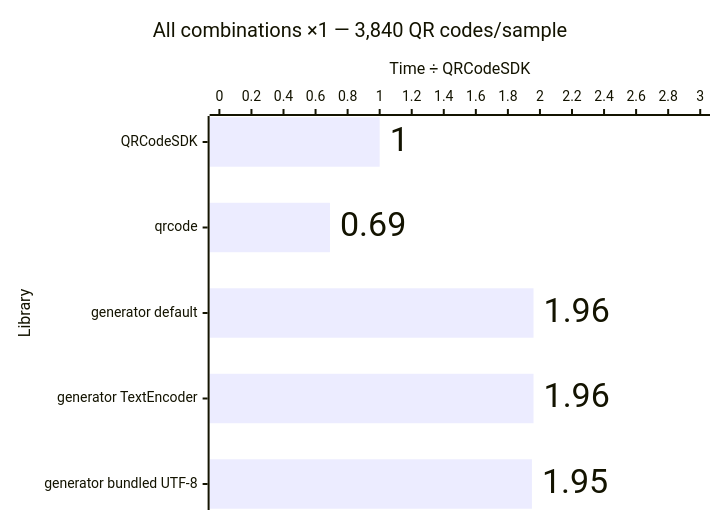
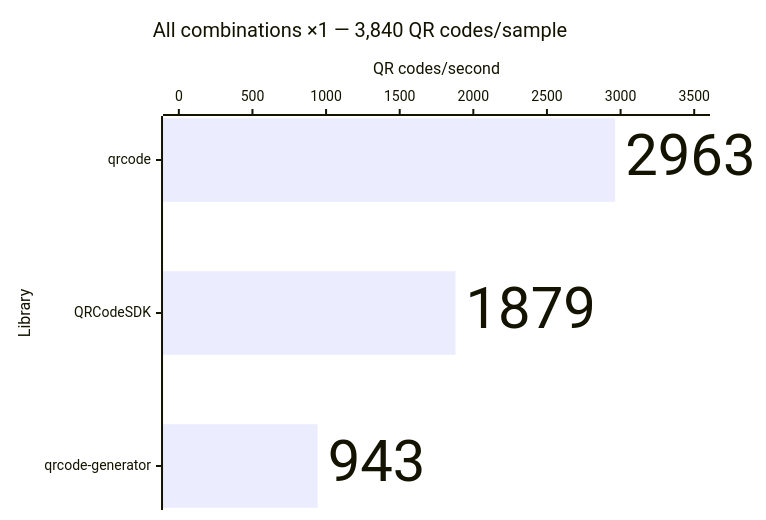
Diagram 11 of 14 in apps/docs/src/content/docs/learn/performance.md (Dafnik/qrcodesdk), drawn with Mermaid before and after one commit. The commit also changed other lines of this file and 21 other files, not shown here.

````diff
--- a/apps/docs/src/content/docs/learn/performance.md
+++ b/apps/docs/src/content/docs/learn/performance.md
@@ -241,15 +230,15 @@
 ```mermaid
 ---
 config:
   xyChart:
     showDataLabel: true
     showDataLabelOutsideBar: true
 ---
 xychart horizontal
   accTitle: SVG generation: All combinations ×1 — 3,840 QR codes/sample
-  accDescr: Relative median time compared with QRCodeSDK. QRCodeSDK 1.00 times, qrcode 0.69 times, generator default 1.96 times, generator TextEncoder 1.96 times, generator bundled UTF-8 1.95 times. Lower is better.
+  accDescr: Throughput calculated from median time. qrcode 2,963 QR codes per second, QRCodeSDK 1,879 QR codes per second, qrcode-generator 943 QR codes per second. Higher is better.
   title "All combinations ×1 — 3,840 QR codes/sample"
-  x-axis "Library" ["QRCodeSDK", "qrcode", "generator default", "generator TextEncoder", "generator bundled UTF-8"]
-  y-axis "Time ÷ QRCodeSDK" 0 --> 3.0
-  bar [1.00, 0.69, 1.96, 1.96, 1.95]
+  x-axis "Library" ["qrcode", "QRCodeSDK", "qrcode-generator"]
+  y-axis "QR codes/second" 0 --> 3500
+  bar [2963, 1879, 943]
 ```
````
